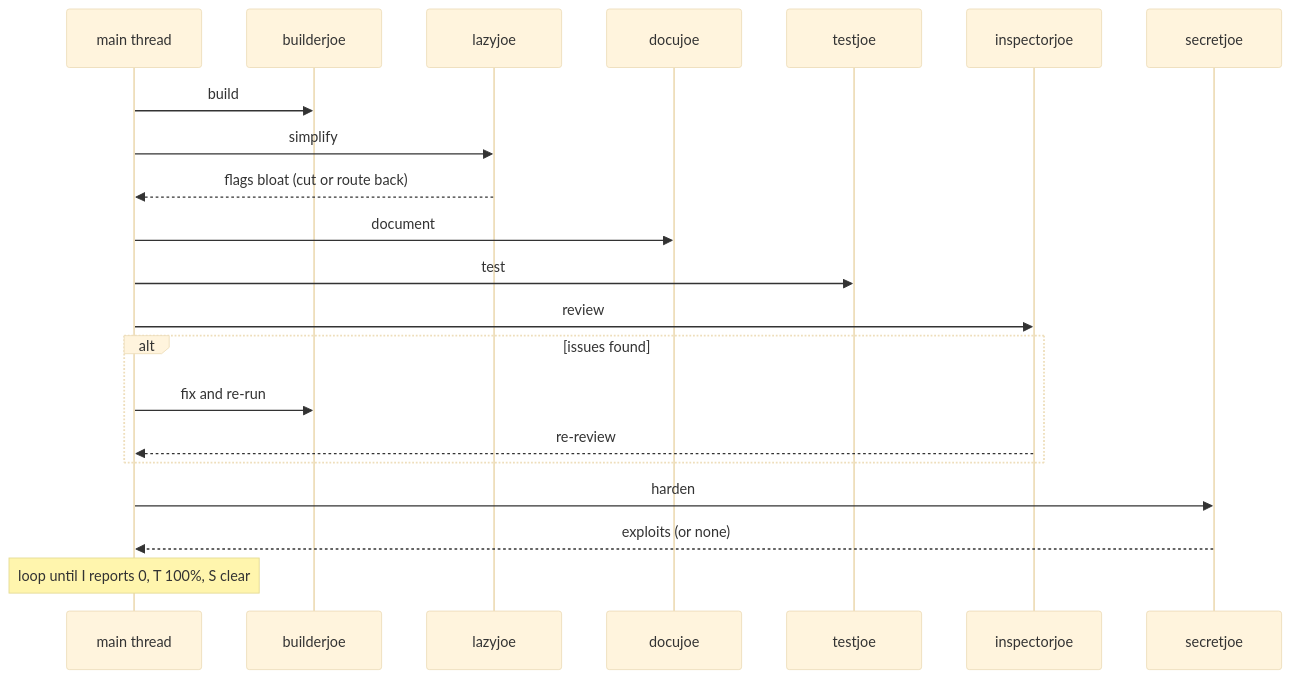
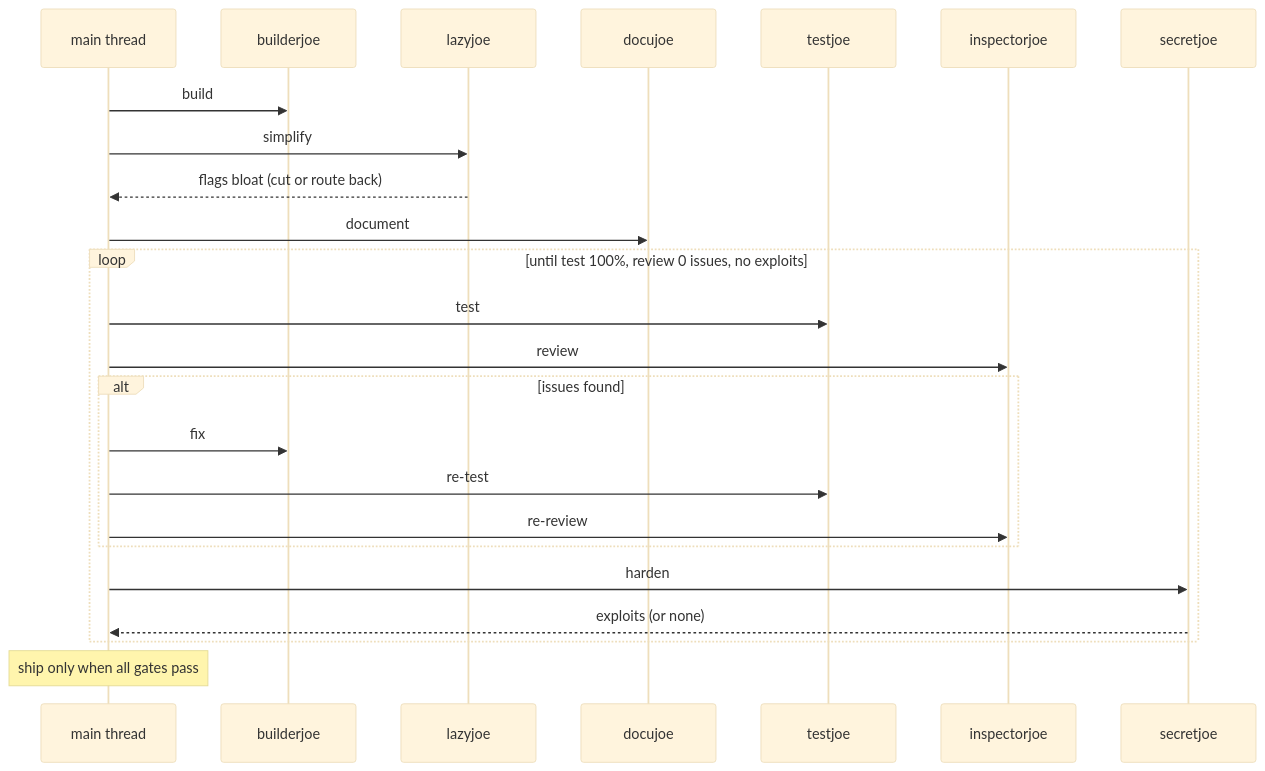
One commit to codingjoe/superjoe changed the diagram in skills/superjoe/SKILL.md. Above: the diagram before and after it, drawn with Mermaid (base theme).

Commit message:
Make orchestration flow loop explicitly
Wrap test/review/harden in a mermaid loop block so the iterative review-fix cycle is visible, not a one-shot linear flow.

````diff
--- a/skills/superjoe/SKILL.md
+++ b/skills/superjoe/SKILL.md
@@ -47,24 +47,27 @@
 ```mermaid
 sequenceDiagram
     participant Main as main thread
     participant B as builderjoe
     participant L as lazyjoe
     participant D as docujoe
     participant T as testjoe
     participant I as inspectorjoe
     participant S as secretjoe
 
     Main->>B: build
     Main->>L: simplify
     L-->>Main: flags bloat (cut or route back)
     Main->>D: document
-    Main->>T: test
-    Main->>I: review
-    alt issues found
-        Main->>B: fix and re-run
-        I-->>Main: re-review
+    loop until test 100%, review 0 issues, no exploits
+        Main->>T: test
+        Main->>I: review
+        alt issues found
+            Main->>B: fix
+            Main->>T: re-test
+            Main->>I: re-review
+        end
+        Main->>S: harden
+        S-->>Main: exploits (or none)
     end
-    Main->>S: harden
-    S-->>Main: exploits (or none)
-    Note over Main: loop until I reports 0, T 100%, S clear
+    Note over Main: ship only when all gates pass
 ```
````
